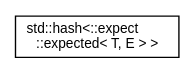
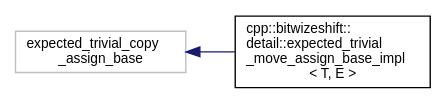
Before and after one commit to bitwizeshift/result: the diagram in api/latest/inherit_graph_8.dot, drawn with Graphviz. The commit also changed 319 other files, not shown here.

```diff
--- a/api/latest/inherit_graph_8.dot
+++ b/api/latest/inherit_graph_8.dot
@@ -1,7 +1,9 @@
 digraph "Graphical Class Hierarchy"
 {
   edge [fontname="Helvetica",fontsize="10",labelfontname="Helvetica",labelfontsize="10"];
   node [fontname="Helvetica",fontsize="10",shape=record];
   rankdir="LR";
-  Node0 [label="std::hash\<::expect\l::expected\< T, E \> \>",height=0.2,width=0.4,color="black", fillcolor="white", style="filled",URL="$d1/d15/structstd_1_1hash_3_1_1expect_1_1expected_3_01_t_00_01_e_01_4_01_4.html"];
+  Node30 [label="expected_trivial_copy\l_assign_base",height=0.2,width=0.4,color="grey75", fillcolor="white", style="filled"];
+  Node30 -> Node0 [dir="back",color="midnightblue",fontsize="10",style="solid",fontname="Helvetica"];
+  Node0 [label="cpp::bitwizeshift::\ldetail::expected_trivial\l_move_assign_base_impl\l\< T, E \>",height=0.2,width=0.4,color="black", fillcolor="white", style="filled",URL="$d1/d9f/structcpp_1_1bitwizeshift_1_1detail_1_1expected__trivial__move__assign__base__impl.html"];
 }
```
